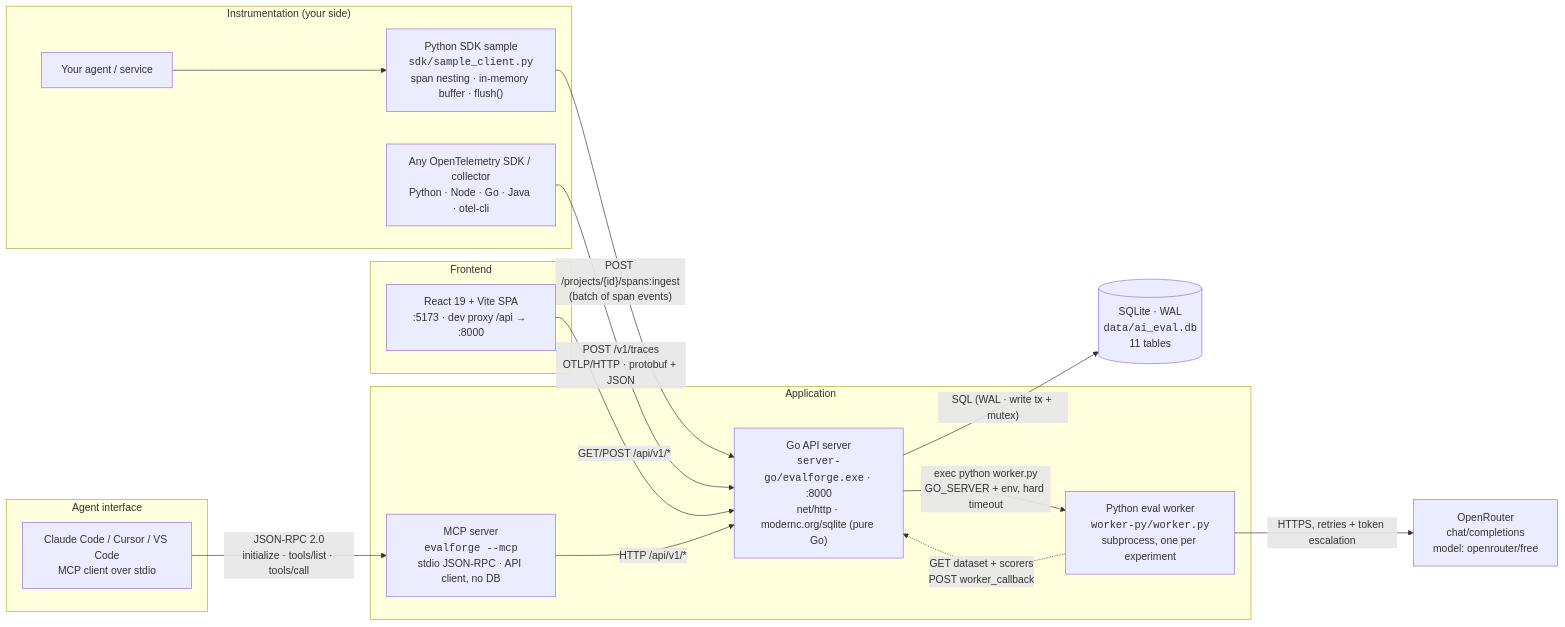
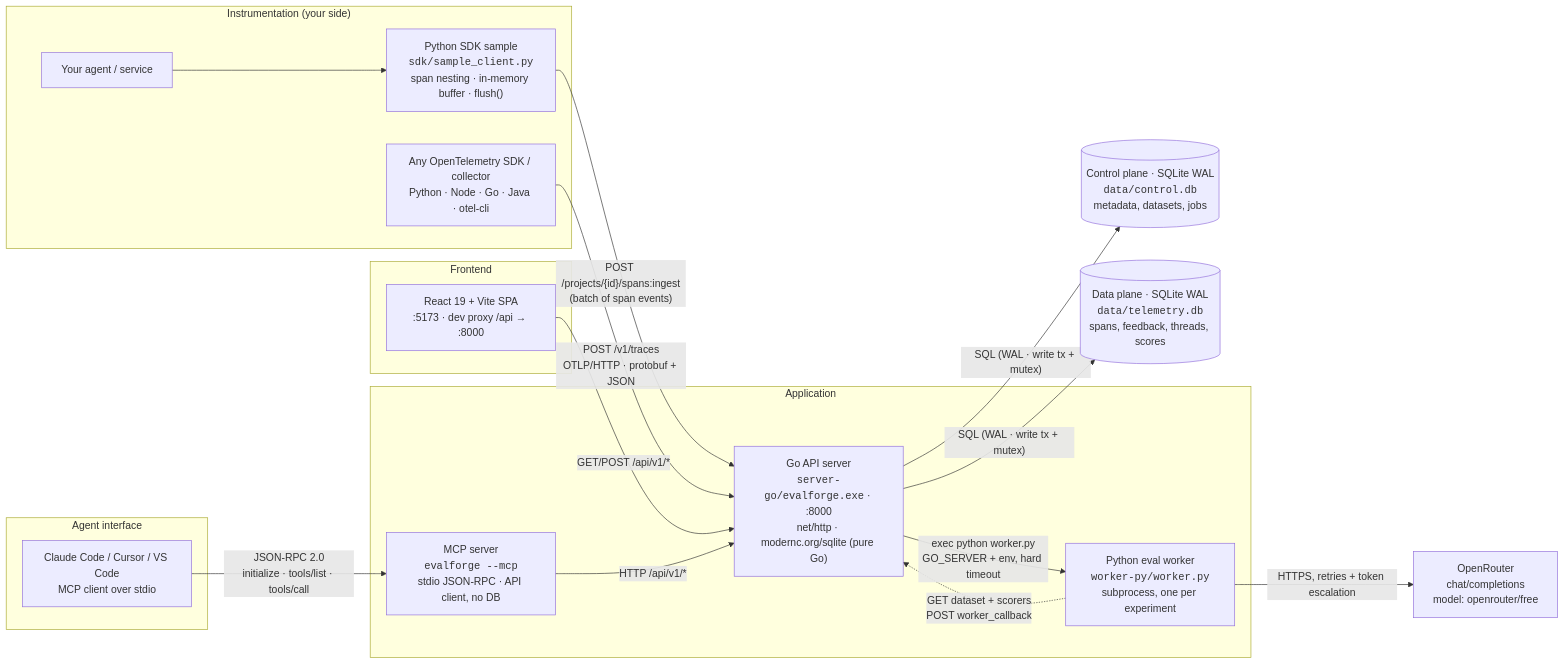
Before and after one commit to archief2910/EvalForger: the first of 4 diagrams in ai-eval-platform/docs/ARCHITECTURE.md, drawn with Mermaid. The commit also changed other lines of this file and 41 other files, not shown here.

Commit message:
feat: add conversations and split control/telemetry storage

````diff
--- a/ai-eval-platform/docs/ARCHITECTURE.md
+++ b/ai-eval-platform/docs/ARCHITECTURE.md
@@ -10,36 +10,38 @@
 ```mermaid
 flowchart LR
   subgraph producer["Instrumentation (your side)"]
     APP["Your agent / service"]
     SDK["Python SDK sample<br/><code>sdk/sample_client.py</code><br/>span nesting · in-memory buffer · flush()"]
     OTEL["Any OpenTelemetry SDK / collector<br/>Python · Node · Go · Java · otel-cli"]
     APP --> SDK
   end
 
   subgraph agents["Agent interface"]
     MCPC["Claude Code / Cursor / VS Code<br/>MCP client over stdio"]
   end
 
   subgraph ui["Frontend"]
     BROWSER["React 19 + Vite SPA<br/>:5173 · dev proxy /api → :8000"]
   end
 
   subgraph core["Application"]
     API["Go API server<br/><code>server-go/evalforge.exe</code> · :8000<br/>net/http · modernc.org/sqlite (pure Go)"]
     MCP["MCP server<br/><code>evalforge --mcp</code><br/>stdio JSON-RPC · API client, no DB"]
     WORKER["Python eval worker<br/><code>worker-py/worker.py</code><br/>subprocess, one per experiment"]
   end
 
-  DB[("SQLite · WAL<br/><code>data/ai_eval.db</code><br/>11 tables")]
+  CDB[("Control plane · SQLite WAL<br/><code>data/control.db</code><br/>metadata, datasets, jobs")]
+  TDB[("Data plane · SQLite WAL<br/><code>data/telemetry.db</code><br/>spans, feedback, threads, scores")]
   LLM["OpenRouter<br/>chat/completions<br/>model: openrouter/free"]
 
   SDK -- "POST /projects/{id}/spans:ingest<br/>(batch of span events)" --> API
   OTEL -- "POST /v1/traces<br/>OTLP/HTTP · protobuf + JSON" --> API
   BROWSER -- "GET/POST /api/v1/*" --> API
   MCPC -- "JSON-RPC 2.0<br/>initialize · tools/list · tools/call" --> MCP
   MCP -- "HTTP /api/v1/*" --> API
-  API -- "SQL (WAL · write tx + mutex)" --> DB
+  API -- "SQL (WAL · write tx + mutex)" --> CDB
+  API -- "SQL (WAL · write tx + mutex)" --> TDB
   API -- "exec python worker.py<br/>GO_SERVER + env, hard timeout" --> WORKER
   WORKER -. "GET dataset + scorers<br/>POST worker_callback" .-> API
   WORKER -- "HTTPS, retries + token escalation" --> LLM
 ```
````
